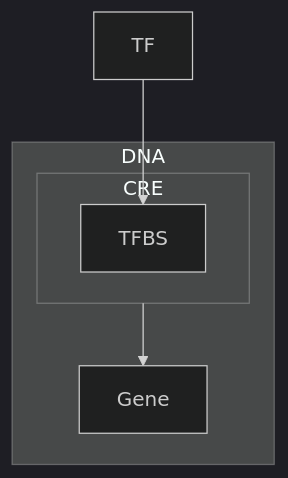
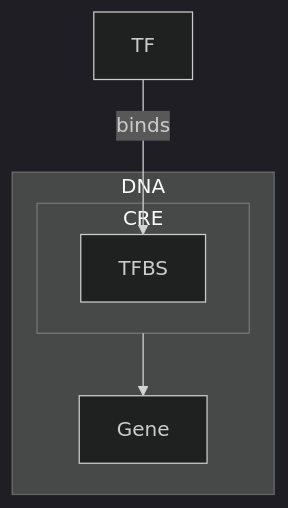
One commit to Yongsik-Lee/marl changed the diagram in _posts/2025-04-28-20205266.md. Above: the diagram before and after it, drawn with Mermaid (dark theme).

```diff
--- a/_posts/2025-04-28-20205266.md
+++ b/_posts/2025-04-28-20205266.md
@@ -79,14 +79,15 @@
 {% mermaid %}
 graph TD
-    subgraph CRE
-        TFBS
-    end
+
+    TF["TF"]
 
     subgraph DNA
-        Gene
-        CRE
+        Gene["Gene"]
+        subgraph CRE
+            TFBS["TFBS"]
+        end
     end
-
-    TF --> TFBS
+    
+    TF -- binds --> TFBS
     CRE --> Gene
 {% endmermaid %}
```
